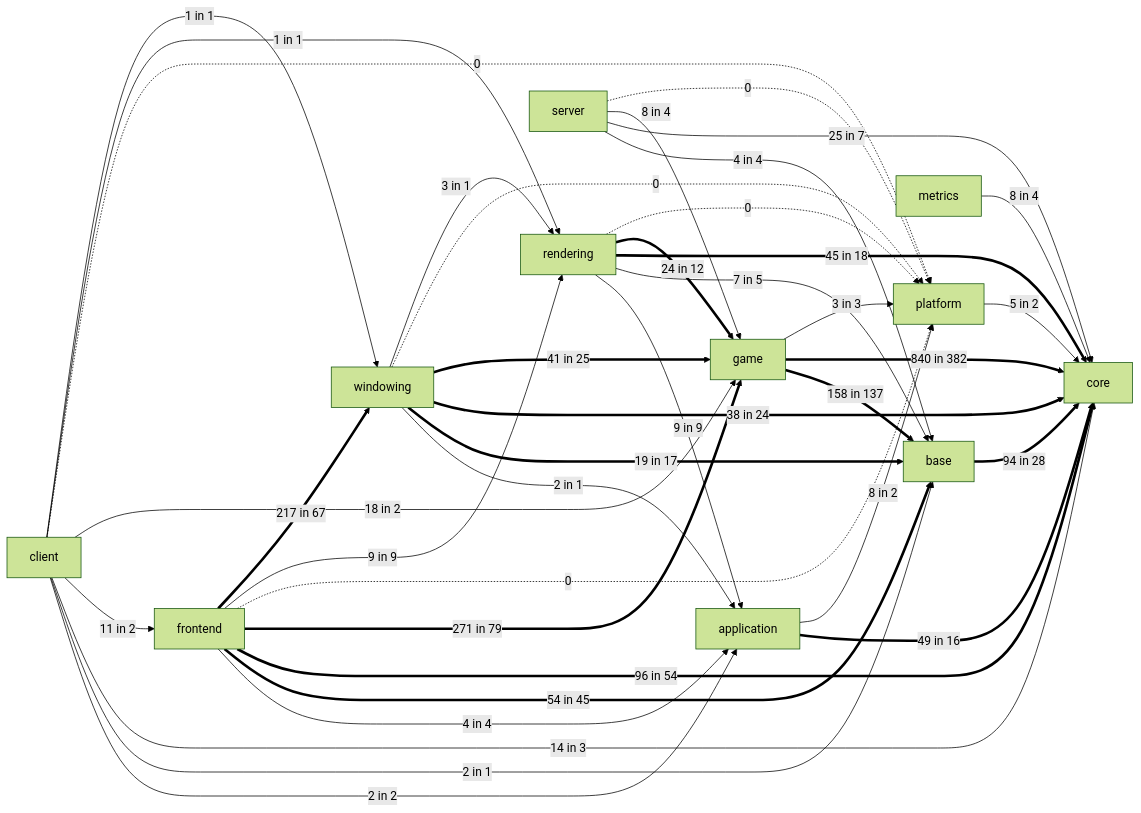
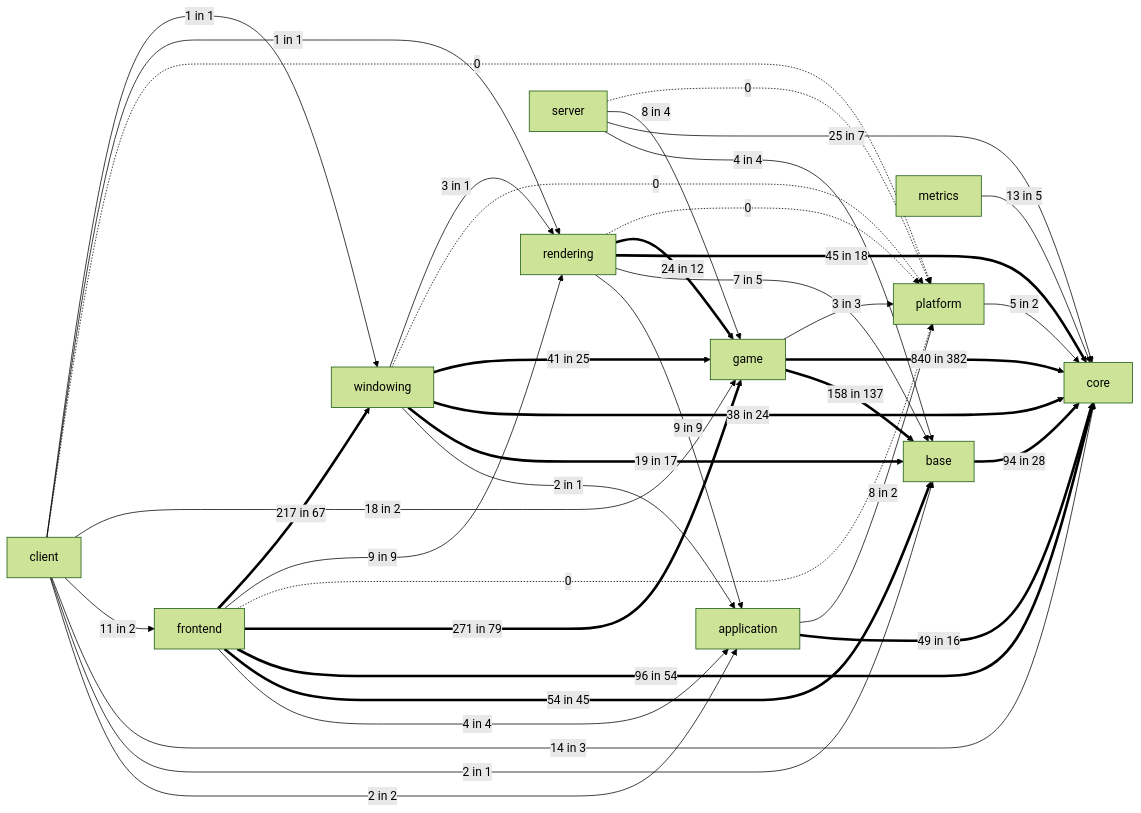
Before and after one commit to apnex/OpenStarbound: the fifth of 11 diagrams in docs/architecture/system-boundaries.md, drawn with Mermaid (forest theme). The commit also changed other lines of this file and 2 other files, not shown here.

First line of the commit message:
GM-1 Task 7: the metrics CLI -- measures a process from outside it

````diff
--- a/docs/architecture/system-boundaries.md
+++ b/docs/architecture/system-boundaries.md
@@ -401,41 +406,41 @@
 ```mermaid
 flowchart LR
   base ==>|94 in 28| core
-  metrics -->|8 in 4| core
+  metrics -->|13 in 5| core
   platform -->|5 in 2| core
   application ==>|49 in 16| core
   application -->|8 in 2| platform
   game ==>|158 in 137| base
   game ==>|840 in 382| core
   game -->|3 in 3| platform
   rendering -->|9 in 9| application
   rendering -->|7 in 5| base
   rendering ==>|45 in 18| core
   rendering ==>|24 in 12| game
   rendering -.->|0| platform
   windowing -->|2 in 1| application
   windowing ==>|19 in 17| base
   windowing ==>|38 in 24| core
   windowing ==>|41 in 25| game
   windowing -.->|0| platform
   windowing -->|3 in 1| rendering
   frontend -->|4 in 4| application
   frontend ==>|54 in 45| base
   frontend ==>|96 in 54| core
   frontend ==>|271 in 79| game
   frontend -.->|0| platform
   frontend -->|9 in 9| rendering
   frontend ==>|217 in 67| windowing
   client -->|2 in 2| application
   client -->|2 in 1| base
   client -->|14 in 3| core
   client -->|11 in 2| frontend
   client -->|18 in 2| game
   client -.->|0| platform
   client -->|1 in 1| rendering
   client -->|1 in 1| windowing
   server -->|4 in 4| base
   server -->|25 in 7| core
   server -->|8 in 4| game
   server -.->|0| platform
 ```
````
